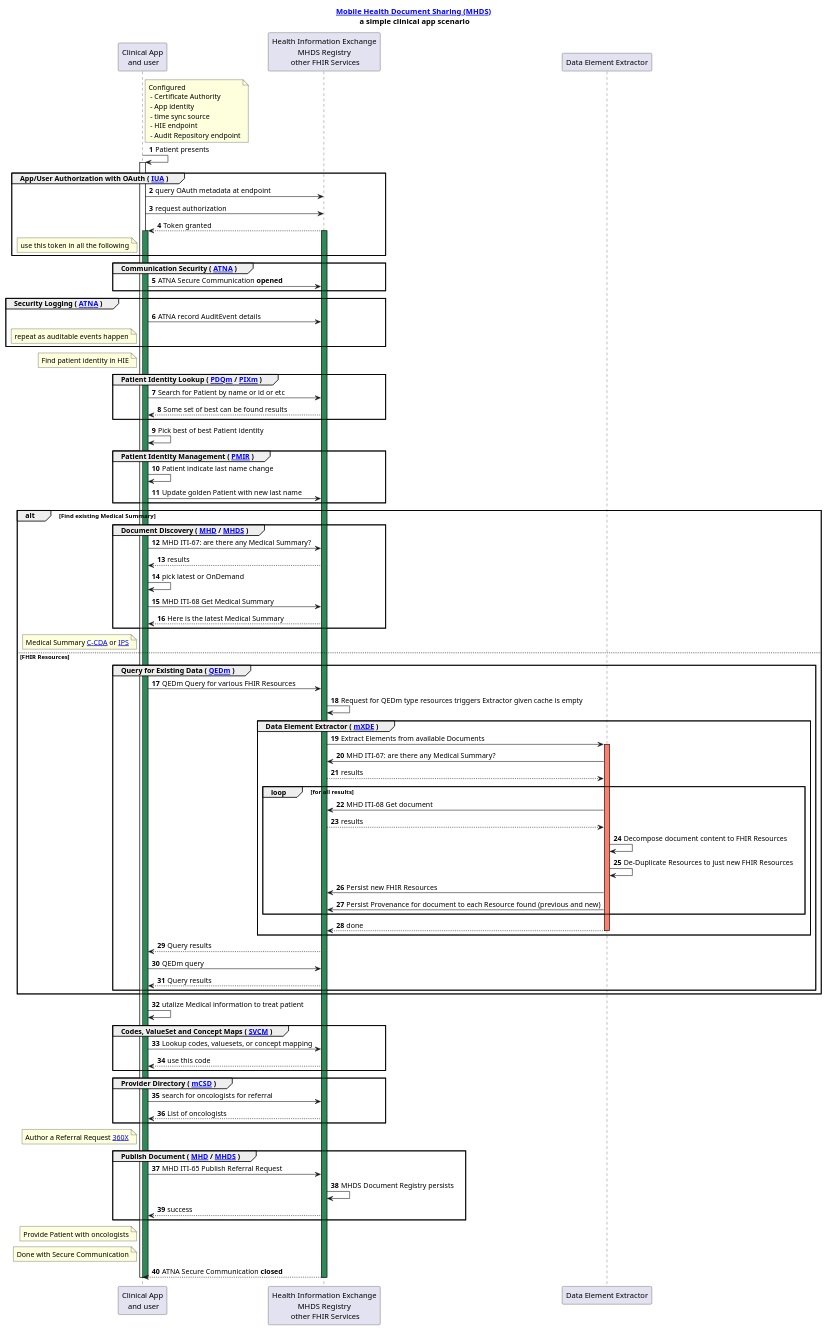
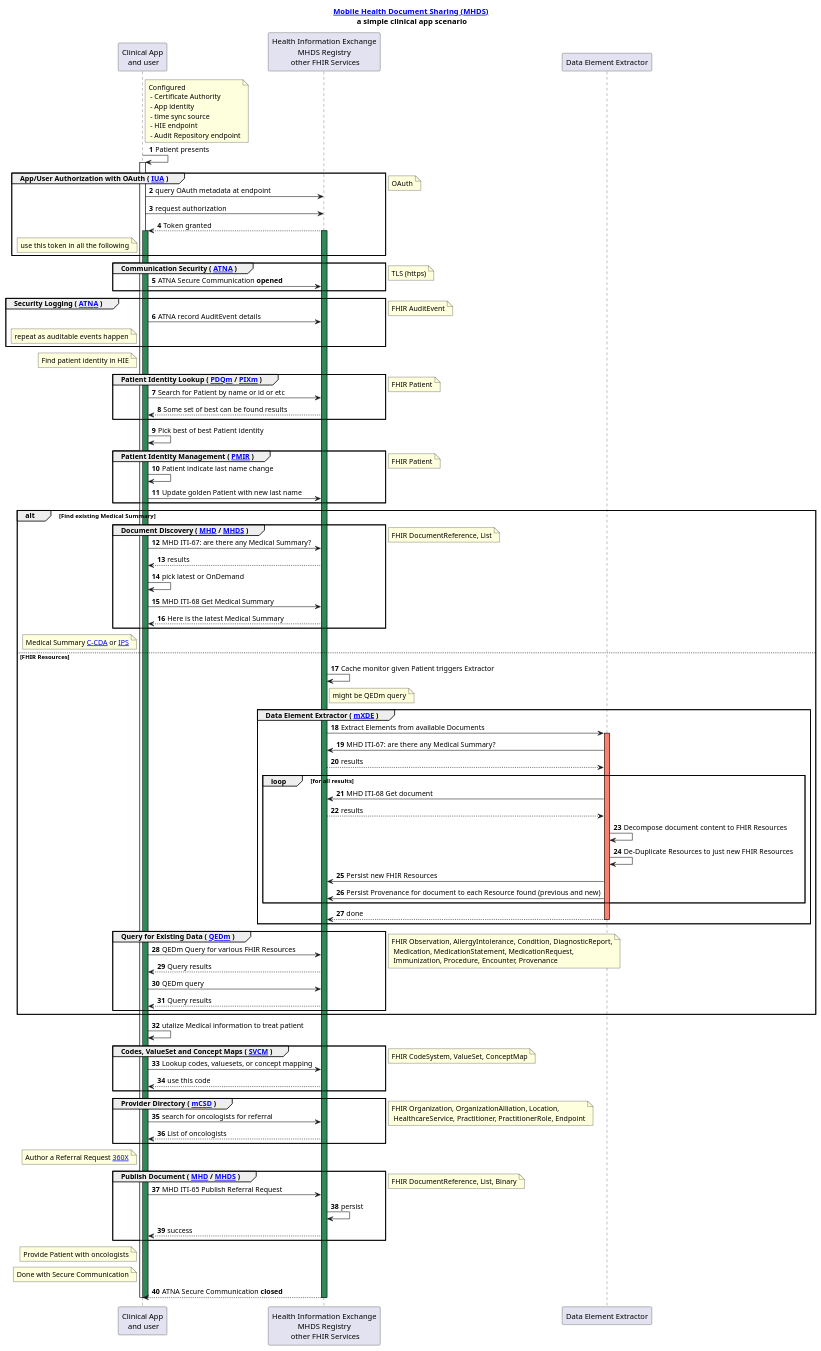
Before and after one commit to JohnMoehrke/MHDS-flow: the diagram in input/images-source/usecase-mhds-processflow.plantuml, drawn with PlantUML. The commit also changed 1 other file, not shown here.

```diff
--- a/input/images-source/usecase-mhds-processflow.plantuml
+++ b/input/images-source/usecase-mhds-processflow.plantuml
@@ -1,115 +1,126 @@
 @startuml
 skinparam svgDimensionStyle false
 title [[https://profiles.ihe.net/ITI/MHDS/index.html Mobile Health Document Sharing (MHDS)]]\n a simple clinical app scenario
 participant "Clinical App\n and user" as App
 participant "Health Information Exchange\nMHDS Registry\n other FHIR Services" as HIE [[https://profiles.ihe.net/ITI/HIE-Whitepaper/index.html HIE-Whitepaper]]
 autonumber
 Note right of App: Configured \n - Certificate Authority\n - App identity\n - time sync source\n - HIE endpoint\n - Audit Repository endpoint
 
 App -> App: Patient presents
 activate App
 
 group App/User Authorization with OAuth ( [[https://profiles.ihe.net/ITI/IUA/index.html IUA]] )
 App -> HIE: query OAuth metadata at endpoint
 App -> HIE: request authorization 
 App <-- HIE: Token granted
 Note left of App: use this token in all the following 
 activate App #SeaGreen
 activate HIE #SeaGreen
 end group
+note right: OAuth
 
 group Communication Security ( [[https://profiles.ihe.net/ITI/TF/Volume1/ch-9.html ATNA]] )
 App -> HIE: ATNA Secure Communication **opened**
 end group
+note right: TLS (https)
 
 group Security Logging ( [[https://profiles.ihe.net/ITI/TF/Volume1/ch-9.html ATNA]] )
 App -> HIE: ATNA record AuditEvent details
 Note left of App: repeat as auditable events happen
 end group
+note right: FHIR AuditEvent
 
 Note left of App: Find patient identity in HIE
 group Patient Identity Lookup ( [[https://profiles.ihe.net/ITI/PIXm/index.html PDQm]] / [[https://profiles.ihe.net/ITI/PIXm/index.html PIXm]] )
 App -> HIE: Search for Patient by name or id or etc
 App <-- HIE: Some set of best can be found results
 end group
+note right: FHIR Patient
 
 App -> App: Pick best of best Patient identity
 
 group Patient Identity Management ( [[https://profiles.ihe.net/ITI/PMIR/index.html PMIR]] ) 
 App -> App: Patient indicate last name change
 App -> HIE: Update golden Patient with new last name
 end group
+note right: FHIR Patient
 
 alt Find existing Medical Summary
     group Document Discovery ( [[https://profiles.ihe.net/ITI/MHD/index.html MHD]] / [[https://profiles.ihe.net/ITI/MHDS/index.html MHDS]] )
     App -> HIE: MHD ITI-67: are there any Medical Summary?
     App <-- HIE: results
 
     App -> App: pick latest or OnDemand 
 
     App -> HIE: MHD ITI-68 Get Medical Summary
     App <-- HIE: Here is the latest Medical Summary
     end group
+    note right: FHIR DocumentReference, List
 
     Note left of App: Medical Summary [[https://www.hl7.org/ccdasearch/ C-CDA]] or [[https://hl7.org/fhir/uv/ips/ IPS]]
 
 else FHIR Resources
-    group Query for Existing Data ( [[https://www.ihe.net/uploadedFiles/Documents/PCC/IHE_PCC_Suppl_QEDm.pdf QEDm]] )
     participant "Data Element Extractor" as Extractor
-    App -> HIE: QEDm Query for various FHIR Resources
-    HIE -> HIE: Request for QEDm type resources triggers Extractor given cache is empty
+    HIE -> HIE: Cache monitor given Patient triggers Extractor
+    note right of HIE: might be QEDm query
     group Data Element Extractor ( [[https://www.ihe.net/uploadedFiles/Documents/ITI/IHE_ITI_Suppl_mXDE.pdf mXDE]] )
     HIE-> Extractor :  Extract Elements from available Documents
     activate Extractor #Salmon
     Extractor -> HIE: MHD ITI-67: are there any Medical Summary?
     Extractor <-- HIE: results
     loop for all results
     Extractor -> HIE: MHD ITI-68 Get document
     Extractor <-- HIE: results
     Extractor -> Extractor: Decompose document content to FHIR Resources
     Extractor -> Extractor: De-Duplicate Resources to just new FHIR Resources
     Extractor -> HIE: Persist new FHIR Resources
     Extractor -> HIE: Persist Provenance for document to each Resource found (previous and new)
     end loop
     HIE <-- Extractor : done
     deactivate Extractor
     end group
+    group Query for Existing Data ( [[https://www.ihe.net/uploadedFiles/Documents/PCC/IHE_PCC_Suppl_QEDm.pdf QEDm]] )
+    App -> HIE: QEDm Query for various FHIR Resources
 
     App <-- HIE: Query results
     App -> HIE: QEDm query
     App <-- HIE: Query results
     end group
+    note right: FHIR Observation, AllergyIntolerance, Condition, DiagnosticReport,\n Medication, MedicationStatement, MedicationRequest,\n Immunization, Procedure, Encounter, Provenance
 end
 
     App -> App: utalize Medical information to treat patient
 
 group Codes, ValueSet and Concept Maps ( [[https://profiles.ihe.net/ITI/SVCM/index.html SVCM]] ) 
 App -> HIE: Lookup codes, valuesets, or concept mapping
 App <-- HIE: use this code
 end group
+note right: FHIR CodeSystem, ValueSet, ConceptMap
 
 group Provider Directory ( [[https://profiles.ihe.net/ITI/mCSD/index.html mCSD]] ) 
 App -> HIE: search for oncologists for referral
 App <--  HIE: List of oncologists 
 end group 
+note right: FHIR Organization, OrganizationAlliation, Location,\n HealthcareService, Practitioner, PractitionerRole, Endpoint
 
 Note left of App: Author a Referral Request [[https://www.ihe.net/uploadedFiles/Documents/PCC/IHE_PCC_Suppl_360X.pdf 360X]]
 
 group Publish Document ( [[https://profiles.ihe.net/ITI/MHD/index.html MHD]] / [[https://profiles.ihe.net/ITI/MHDS/index.html MHDS]] )
 App -> HIE: MHD ITI-65 Publish Referral Request 
-HIE->HIE: MHDS Document Registry persists
+HIE->HIE: persist
 App <-- HIE: success
 end group
+note right: FHIR DocumentReference, List, Binary
 
 Note left of App: Provide Patient with oncologists 
 
 Note Left of App: Done with Secure Communication
 App <-- HIE: ATNA Secure Communication **closed**
 deactivate App
 deactivate HIE
 
 
 deactivate App
 
 
 @enduml
```
